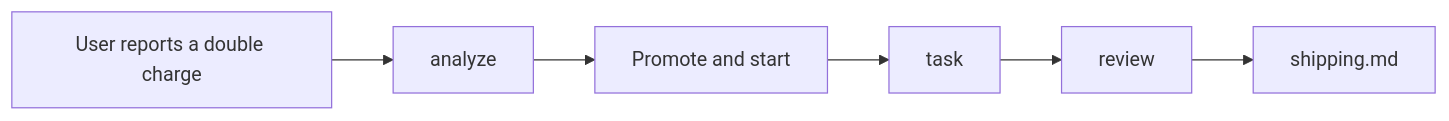
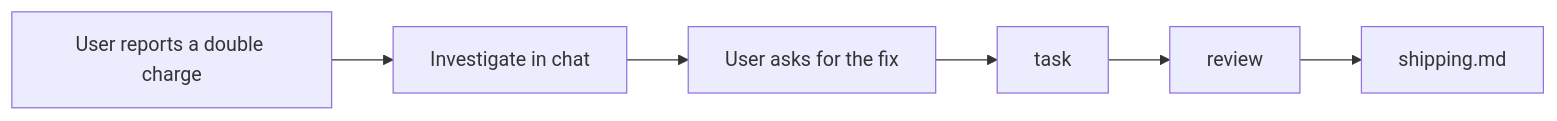
Before and after one commit to Gabriel-Lafrance/Skills: the diagram in skills/rules/journeys/bug.md, drawn with Mermaid. The commit also changed other lines of this file and 94 other files, not shown here.

````diff
--- a/skills/rules/journeys/bug.md
+++ b/skills/rules/journeys/bug.md
@@ -8,8 +6,8 @@
 ```mermaid
 flowchart LR
-  ask[User reports a double charge] --> analyze[analyze]
-  analyze --> handoff[Promote and start]
+  ask[User reports a double charge] --> investigate[Investigate in chat]
+  investigate --> handoff[User asks for the fix]
   handoff --> build[task]
   build --> review[review]
   review --> ship[shipping.md]
 ```
````
